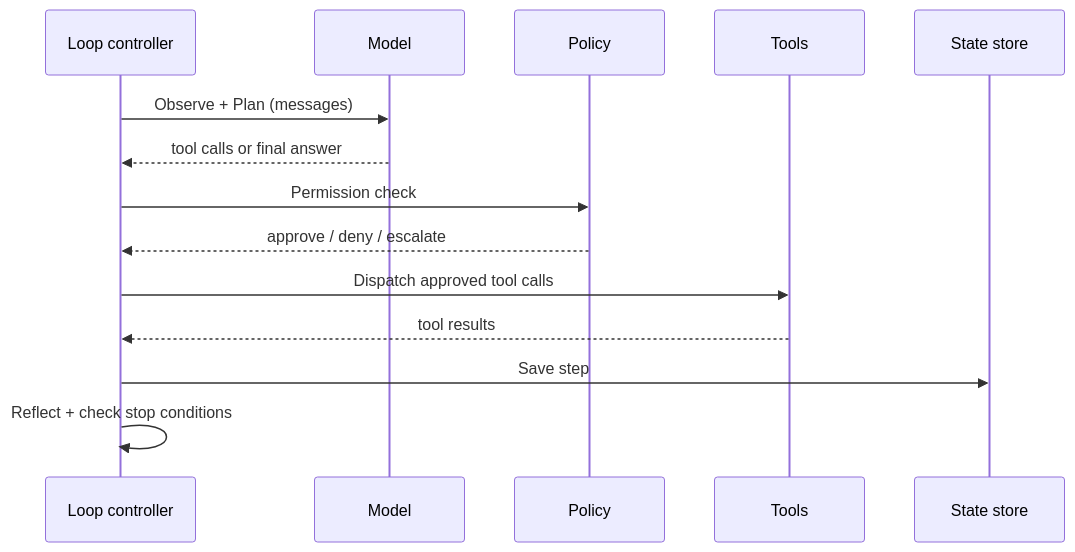
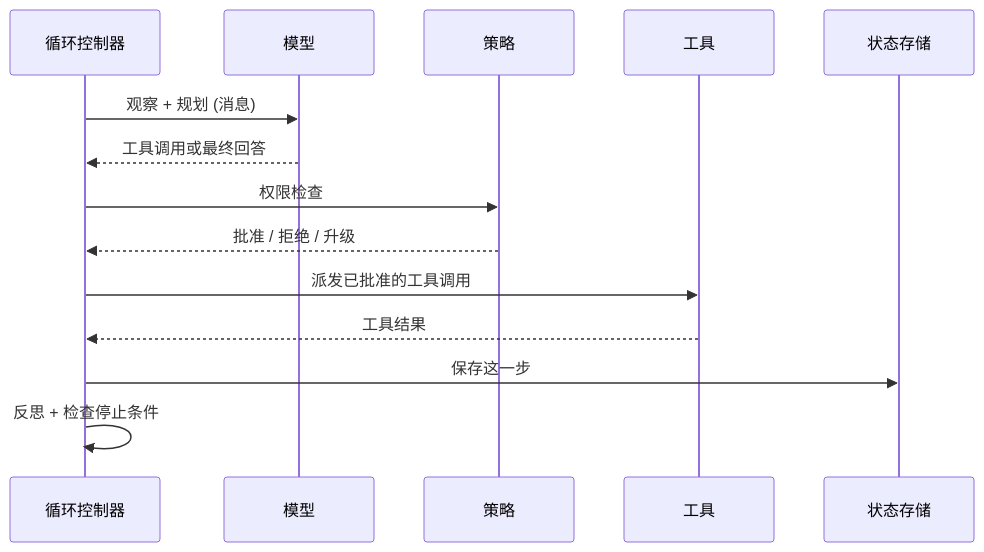
The second of 2 diagrams in course-zh/02-the-agent-loop.md (ocxers/agentic-ai-system-course-zh), drawn with Mermaid before and after one commit. The commit also changed other lines of this file and 14 other files, not shown here.

````diff
--- a/course-zh/02-the-agent-loop.md
+++ b/course-zh/02-the-agent-loop.md
@@ -144,17 +149,17 @@
 ```mermaid
 sequenceDiagram
-    participant L as Loop controller
-    participant M as Model
-    participant P as Policy
-    participant T as Tools
-    participant S as State store
+    participant L as 循环控制器
+    participant M as 模型
+    participant P as 策略
+    participant T as 工具
+    participant S as 状态存储
 
-    L->>M: Observe + Plan (messages)
-    M-->>L: tool calls or final answer
-    L->>P: Permission check
-    P-->>L: approve / deny / escalate
-    L->>T: Dispatch approved tool calls
-    T-->>L: tool results
-    L->>S: Save step
-    L->>L: Reflect + check stop conditions
+    L->>M: 观察 + 规划 (消息)
+    M-->>L: 工具调用或最终回答
+    L->>P: 权限检查
+    P-->>L: 批准 / 拒绝 / 升级
+    L->>T: 派发已批准的工具调用
+    T-->>L: 工具结果
+    L->>S: 保存这一步
+    L->>L: 反思 + 检查停止条件
 ```
````
